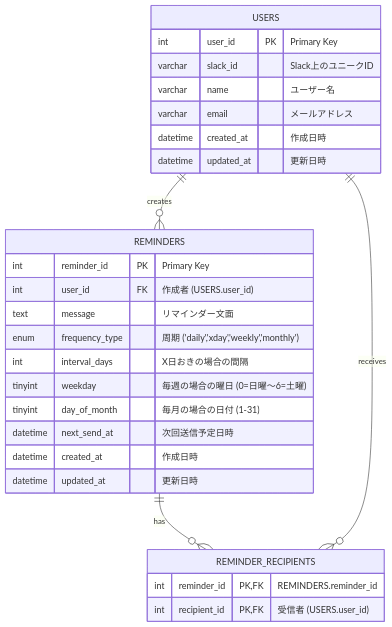
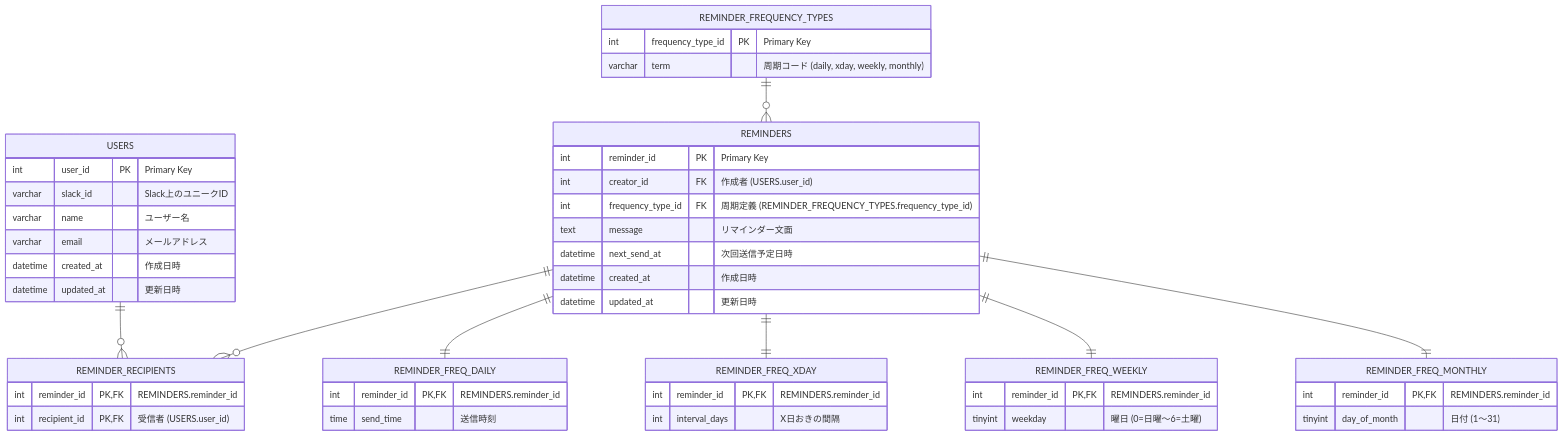
The diagram in データベース設計/課題1.md (ISAWASHUN/PrAhaChallenge), drawn with Mermaid before and after one commit. The commit also changed other lines of this file and 5 other files, not shown here.

````diff
--- a/データベース設計/課題1.md
+++ b/データベース設計/課題1.md
@@ -13,33 +90,60 @@
 ```mermaid
 erDiagram
     USERS {
       int user_id PK "Primary Key"
       varchar slack_id "Slack上のユニークID"
       varchar name "ユーザー名"
       varchar email "メールアドレス"
       datetime created_at "作成日時"
       datetime updated_at "更新日時"
     }
     
+    REMINDER_FREQUENCY_TYPES {
+      int frequency_type_id PK "Primary Key"
+      varchar term "周期コード (daily, xday, weekly, monthly)"
+    }
+    
     REMINDERS {
       int reminder_id PK "Primary Key"
-      int user_id FK "作成者 (USERS.user_id)"
+      int creator_id FK "作成者 (USERS.user_id)"
+      int frequency_type_id FK "周期定義 (REMINDER_FREQUENCY_TYPES.frequency_type_id)"
       text message "リマインダー文面"
-      enum frequency_type "周期 ('daily','xday','weekly','monthly')"
-      int interval_days "X日おきの場合の間隔"
-      tinyint weekday "毎週の場合の曜日 (0=日曜～6=土曜)"
-      tinyint day_of_month "毎月の場合の日付 (1-31)"
       datetime next_send_at "次回送信予定日時"
       datetime created_at "作成日時"
       datetime updated_at "更新日時"
+    }
+    
+    REMINDER_FREQ_DAILY {
+      int reminder_id PK, FK "REMINDERS.reminder_id"
+      time send_time "送信時刻"
+    }
+    
+    REMINDER_FREQ_XDAY {
+      int reminder_id PK, FK "REMINDERS.reminder_id"
+      int interval_days "X日おきの間隔"
+    }
+    
+    REMINDER_FREQ_WEEKLY {
+      int reminder_id PK, FK "REMINDERS.reminder_id"
+      tinyint weekday "曜日 (0=日曜〜6=土曜)"
+    }
+    
+    REMINDER_FREQ_MONTHLY {
+      int reminder_id PK, FK "REMINDERS.reminder_id"
+      tinyint day_of_month "日付 (1～31)"
     }
     
     REMINDER_RECIPIENTS {
       int reminder_id PK, FK "REMINDERS.reminder_id"
       int recipient_id PK, FK "受信者 (USERS.user_id)"
     }
     
-    USERS ||--o{ REMINDERS : "creates"
-    REMINDERS ||--o{ REMINDER_RECIPIENTS : "has"
-    USERS ||--o{ REMINDER_RECIPIENTS : "receives"
+    REMINDER_FREQUENCY_TYPES ||--o{ REMINDERS : ""
+    REMINDERS ||--o{ REMINDER_RECIPIENTS : ""
+    USERS ||--o{ REMINDER_RECIPIENTS : ""
+    
+    REMINDERS ||--|| REMINDER_FREQ_DAILY : ""
+    REMINDERS ||--|| REMINDER_FREQ_XDAY : ""
+    REMINDERS ||--|| REMINDER_FREQ_WEEKLY : ""
+    REMINDERS ||--|| REMINDER_FREQ_MONTHLY : ""
 ```
````
